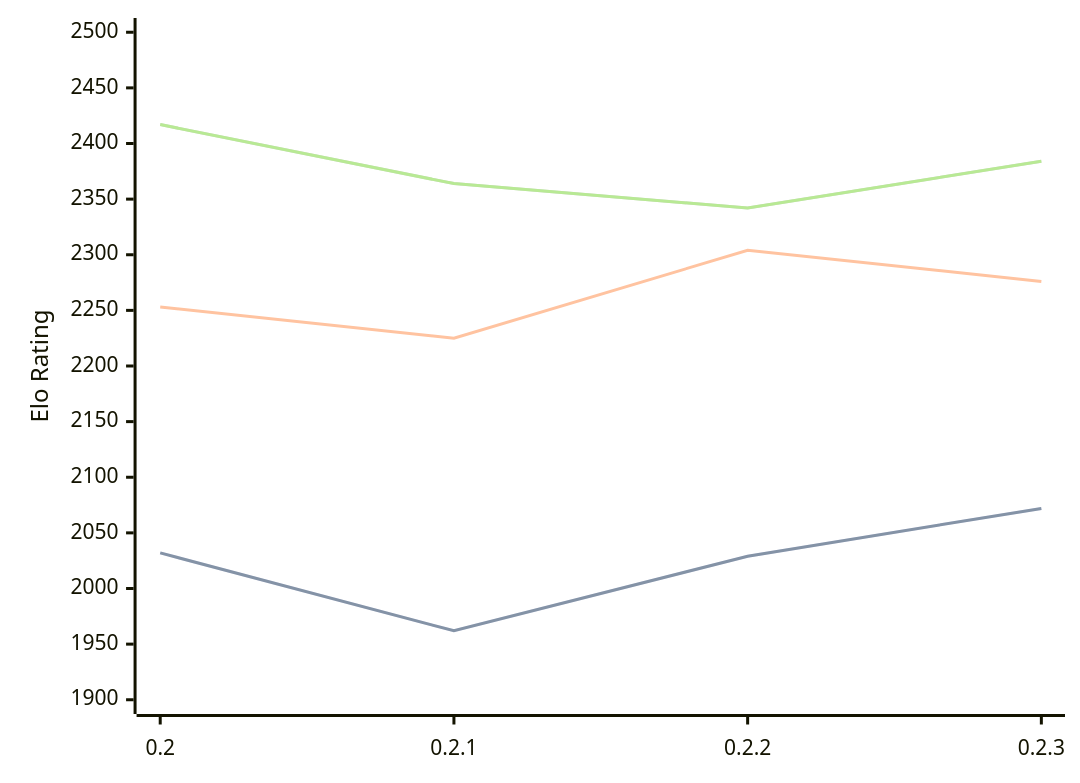
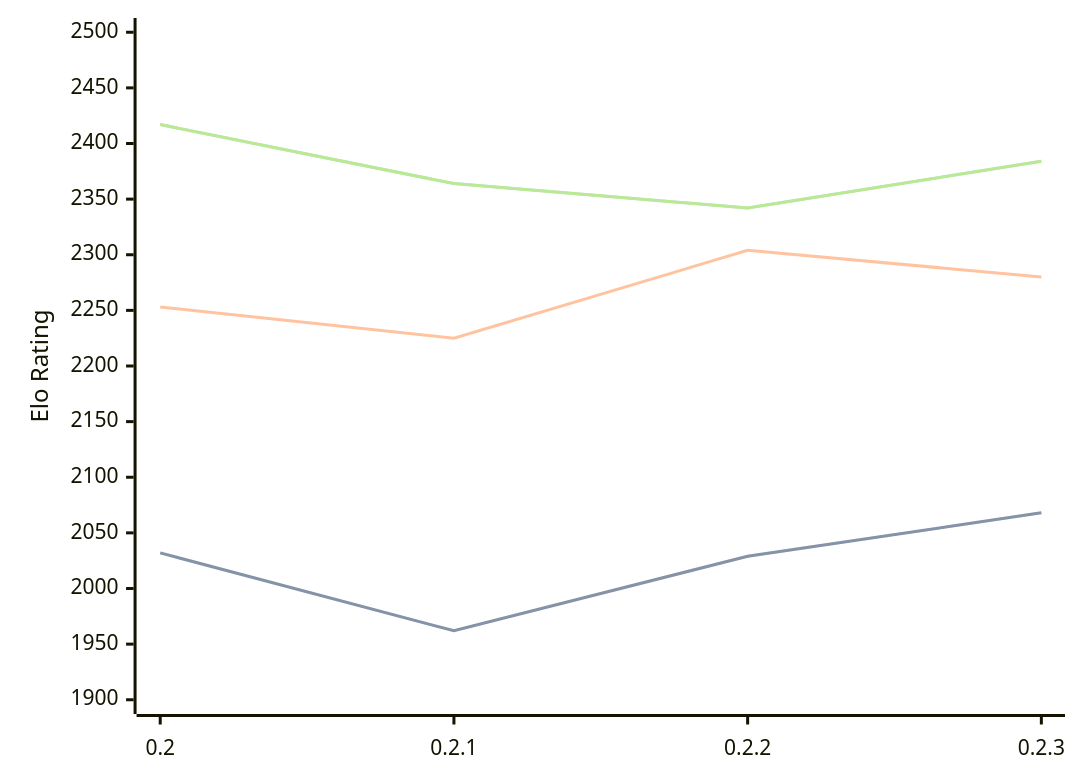
The diagram in engines/Lolbot.md (computer-chess-index/cci), drawn with Mermaid before and after one commit. The commit also changed other lines of this file, not shown here.

Commit message:
Update CCI Ratings (ELO VLTC) - 2026-03-15

````diff
--- a/engines/Lolbot.md
+++ b/engines/Lolbot.md
@@ -33,11 +33,11 @@
 ```mermaid
 %%{init: {"theme":"base","themeVariables":{"seriesColors:['#a3a3a3','#222221','#faa371']}}}%%
 xychart-beta
   x-axis ["0.2", "0.2.1", "0.2.2", "0.2.3"]
   y-axis "Elo Rating" 1900 --> 2500
-  line "STC (8.0+0.08s)" [2032, 1962, 2029, 2072]
-  line "STC (8.0+0.08s)" [2032, 1962, 2029, 2072]
-  line "LTC (60.0+0.60s)" [2253, 2225, 2304, 2276]
+  line "STC (8.0+0.08s)" [2032, 1962, 2029, 2068]
+  line "STC (8.0+0.08s)" [2032, 1962, 2029, 2068]
+  line "LTC (60.0+0.60s)" [2253, 2225, 2304, 2280]
   line "VLTC (2m24s+1.12s)" [2417, 2364, 2342, 2384]
   line "VLTC (2m24s+1.12s)" [2417, 2364, 2342, 2384]
 ```
````
